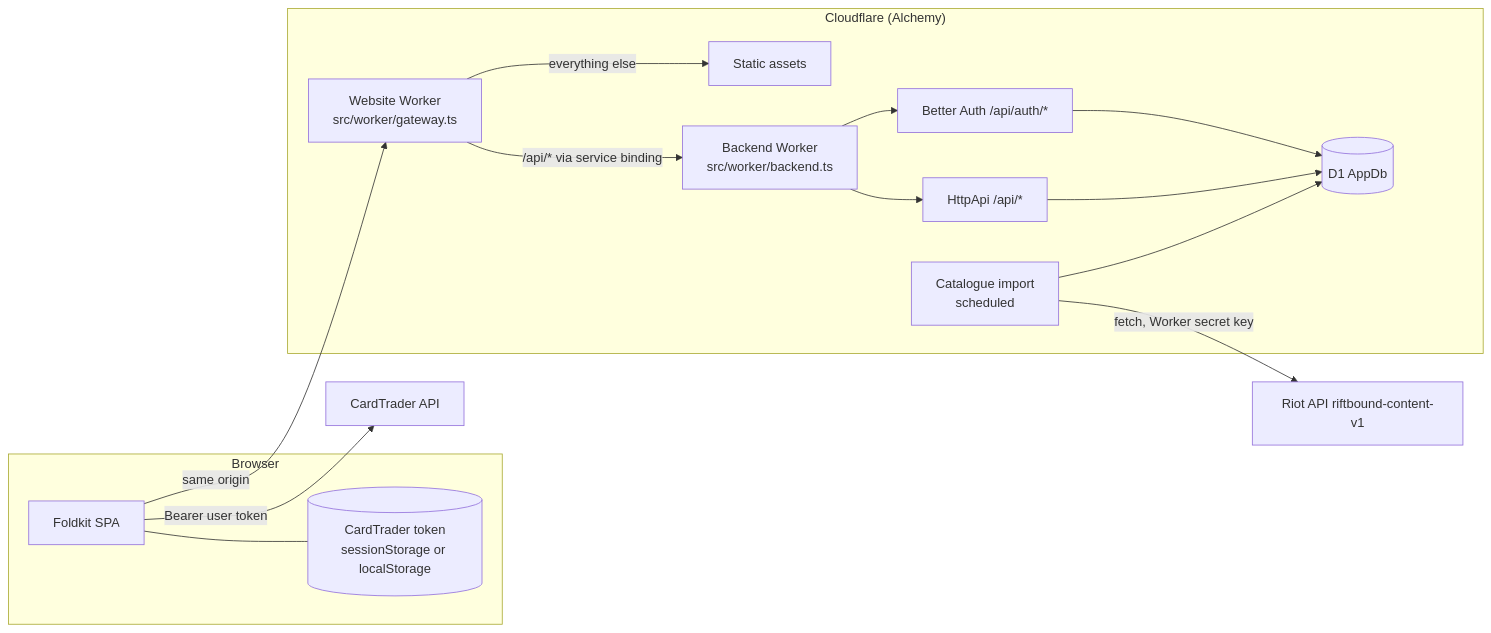
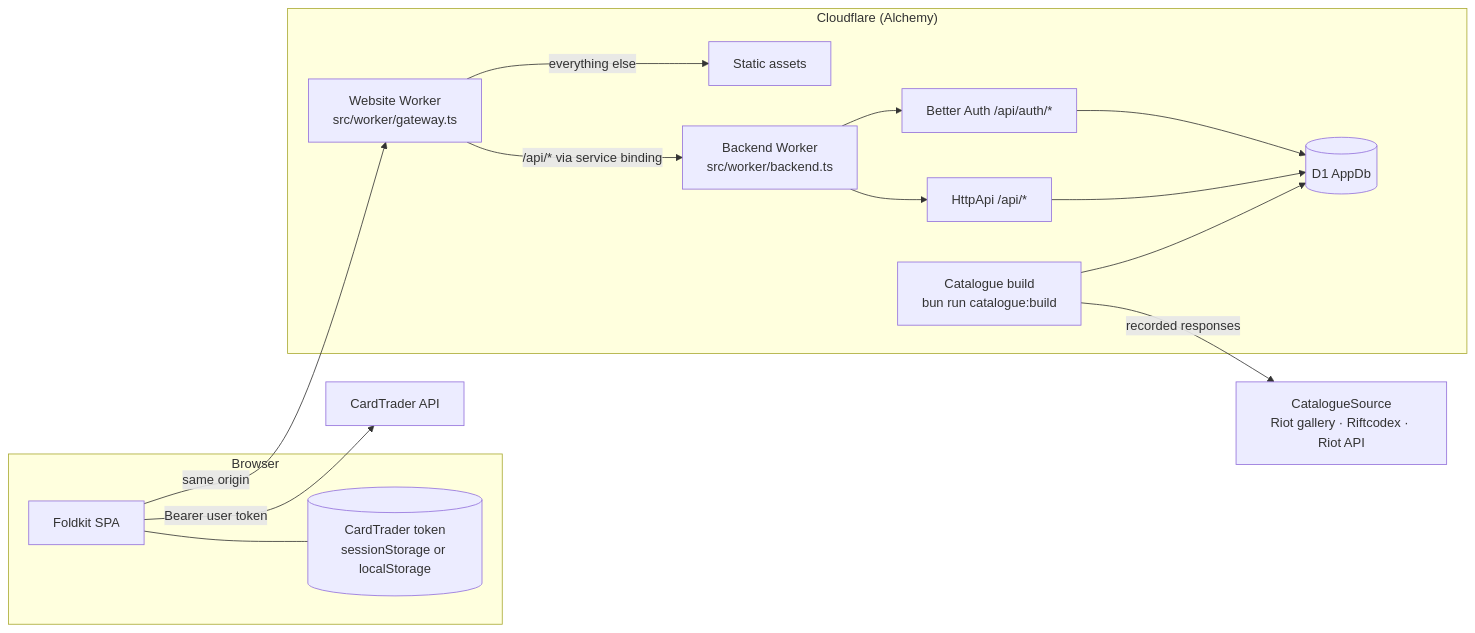
One commit to NichAnti/runebinder changed the diagram in docs/02-system-design.md. Above: the diagram before and after it, drawn with Mermaid. The commit also changed other lines of this file and 15 other files, not shown here.

Commit message:
Add printing domain and Riot gallery source parsing with recordings

````diff
--- a/docs/02-system-design.md
+++ b/docs/02-system-design.md
@@ -3,32 +3,32 @@
 ```mermaid
 flowchart LR
   subgraph Browser
     SPA[Foldkit SPA]
     Token[(CardTrader token<br>sessionStorage or localStorage)]
   end
 
   subgraph Cloudflare["Cloudflare (Alchemy)"]
     Gateway[Website Worker<br>src/worker/gateway.ts]
     Assets[Static assets]
     Backend[Backend Worker<br>src/worker/backend.ts]
     Auth[Better Auth /api/auth/*]
     Api[HttpApi /api/*]
-    Import[Catalogue import<br>scheduled]
+    Import[Catalogue build<br>bun run catalogue:build]
     DB[(D1 AppDb)]
   end
 
-  Riot[Riot API riftbound-content-v1]
+  Source[CatalogueSource<br>Riot gallery · Riftcodex · Riot API]
   CardTrader[CardTrader API]
 
   SPA -->|same origin| Gateway
   Gateway -->|everything else| Assets
   Gateway -->|/api/* via service binding| Backend
   Backend --> Auth
   Backend --> Api
   Auth --> DB
   Api --> DB
-  Import -->|fetch, Worker secret key| Riot
+  Import -->|recorded responses| Source
   Import --> DB
   SPA -->|Bearer user token| CardTrader
   SPA --- Token
 ```
````
